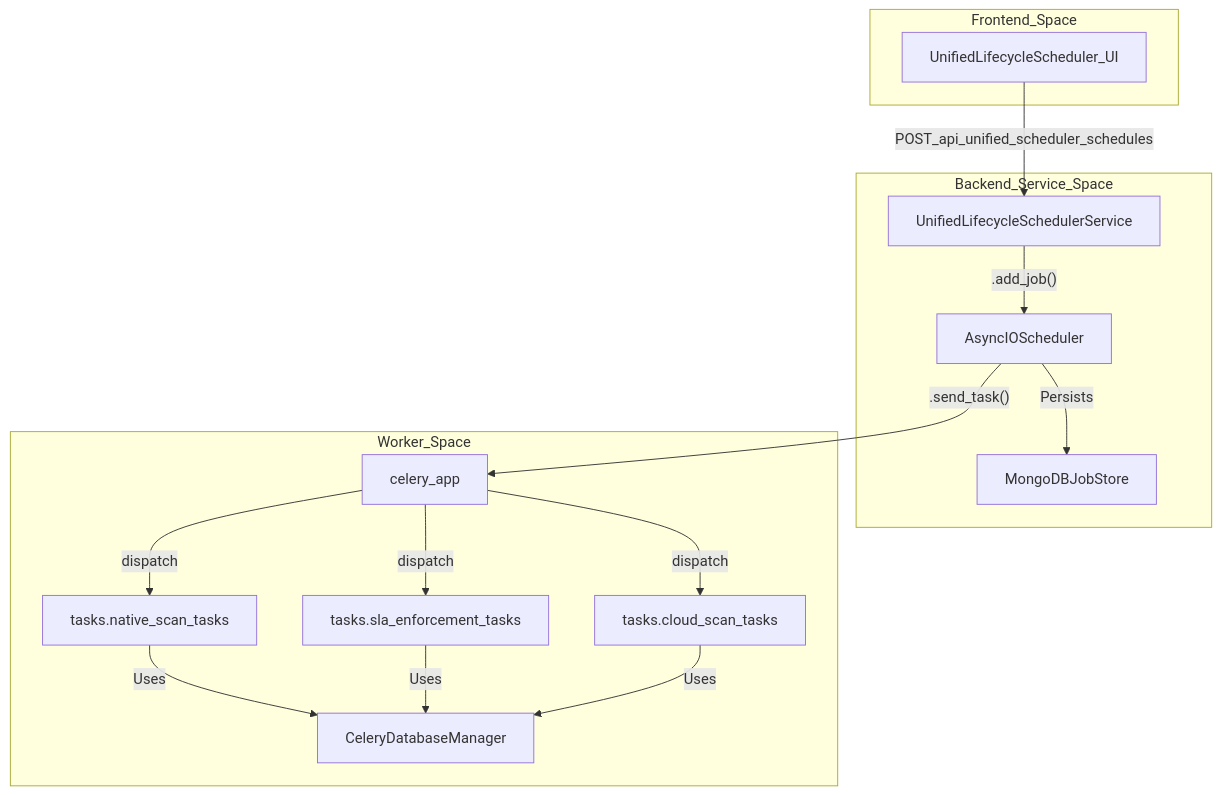
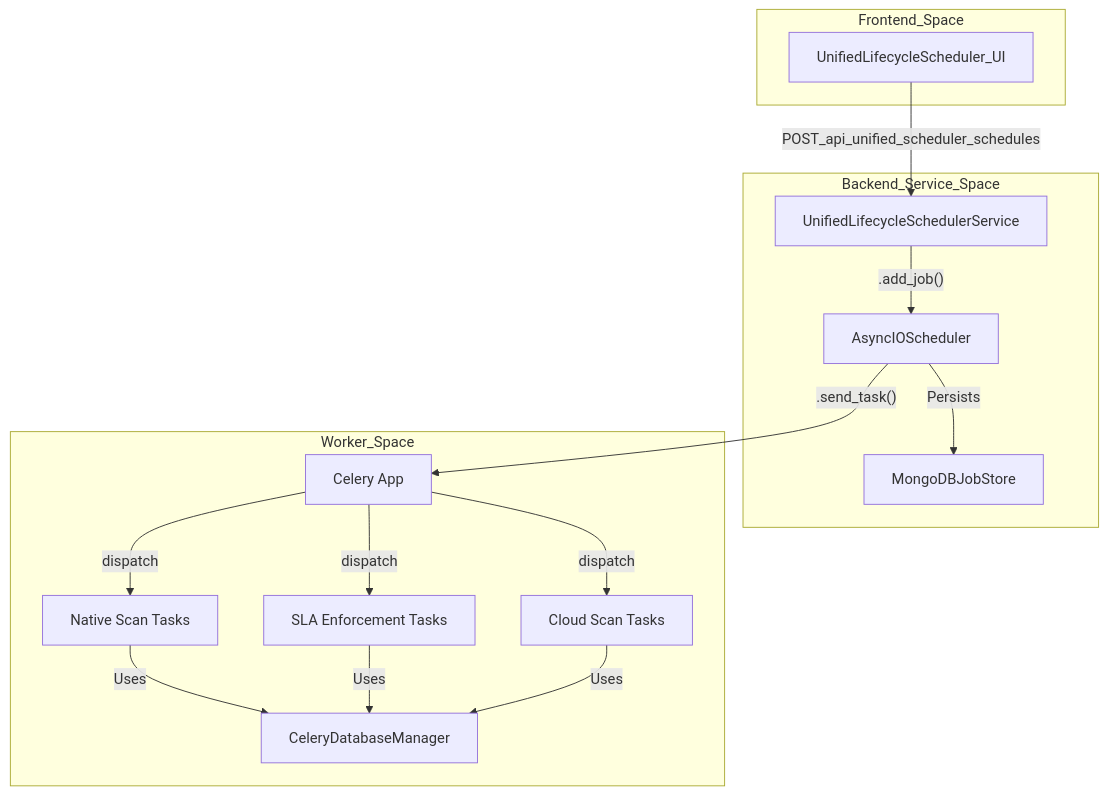
One commit to niteshsaini/offloadsecurity-docs changed the first of 2 diagrams in docs/infrastructure/background-tasks.md. Above: the diagram before and after it, drawn with Mermaid. The commit also changed other lines of this file and 16 other files, not shown here.

````diff
--- a/docs/infrastructure/background-tasks.md
+++ b/docs/infrastructure/background-tasks.md
@@ -54,33 +52,33 @@
 ```mermaid
 graph TD
     subgraph "Frontend_Space"
         ULS_UI["UnifiedLifecycleScheduler_UI"]
     end
 
     subgraph "Backend_Service_Space"
         ULS_SVC["UnifiedLifecycleSchedulerService"]
         APS["AsyncIOScheduler"]
         MJS["MongoDBJobStore"]
     end
 
     subgraph "Worker_Space"
-        CAPP["celery_app"]
-        NST["tasks.native_scan_tasks"]
-        SLA["tasks.sla_enforcement_tasks"]
+        CAPP["Celery App"]
+        NST["Native Scan Tasks"]
+        SLA["SLA Enforcement Tasks"]
         CDM["CeleryDatabaseManager"]
-        CTASKS["tasks.cloud_scan_tasks"]
+        CTASKS["Cloud Scan Tasks"]
     end
 
     ULS_UI -->|POST_api_unified_scheduler_schedules| ULS_SVC
     ULS_SVC -->|".add_job()"| APS
     APS -->|Persists| MJS
     APS -->|".send_task()"| CAPP
     
     CAPP -->|"dispatch"| NST
     CAPP -->|"dispatch"| SLA
     CAPP -->|"dispatch"| CTASKS
     
     NST -->|Uses| CDM
     SLA -->|Uses| CDM
     CTASKS -->|Uses| CDM
 ```
````
